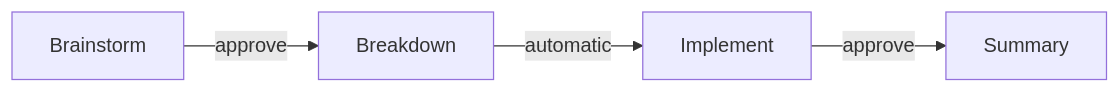
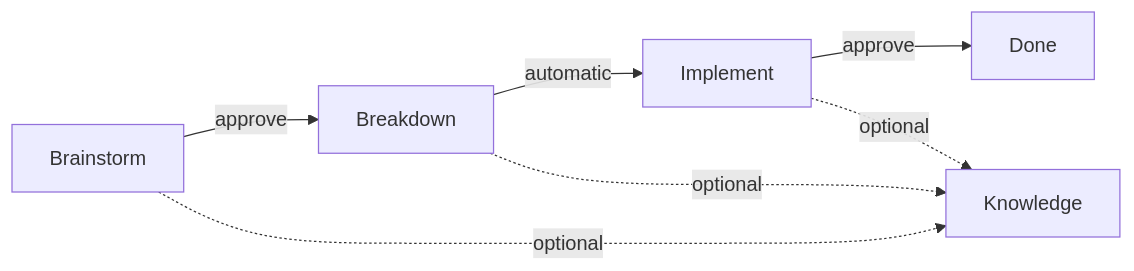
Before and after one commit to leiwu0227/specdev-cli: the diagram in README.md, drawn with Mermaid. The commit also changed other lines of this file and 30 other files, not shown here.

````diff
--- a/README.md
+++ b/README.md
@@ -5,6 +5,9 @@
 ```mermaid
 graph LR
     B[Brainstorm] -->|approve| D[Breakdown]
     D -->|automatic| I[Implement]
-    I -->|approve| S[Summary]
+    I -->|approve| Done[Done]
+    B -.optional.-> K[Knowledge]
+    D -.optional.-> K
+    I -.optional.-> K
 ```
````
